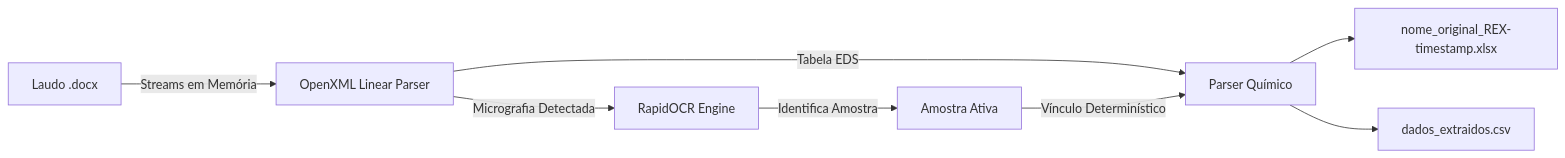
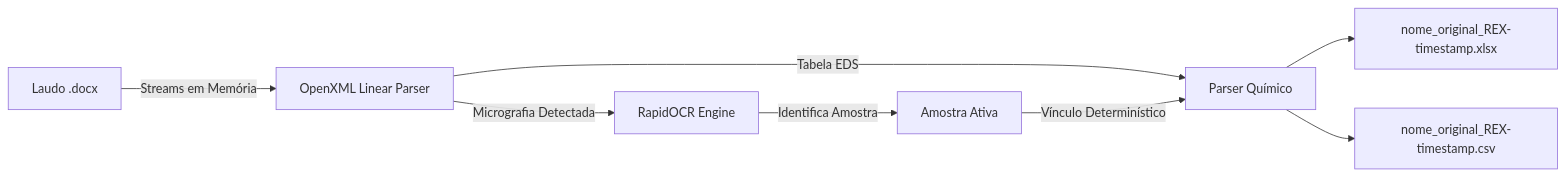
Before and after one commit to rodrigofpo/rex: the diagram in README.md, drawn with Mermaid. The commit also changed other lines of this file and 4 other files, not shown here.

Commit message:
Match CSV export name to source and timestamp

````diff
--- a/README.md
+++ b/README.md
@@ -91,10 +91,10 @@
 ```mermaid
 flowchart LR
     A[Laudo .docx] -->|Streams em Memória| B[OpenXML Linear Parser]
     B -->|Micrografia Detectada| C[RapidOCR Engine]
     C -->|Identifica Amostra| D[Amostra Ativa]
     B -->|Tabela EDS| E[Parser Químico]
     D -->|Vínculo Determinístico| E
     E --> F[nome_original_REX-timestamp.xlsx]
-    E --> G[dados_extraidos.csv]
+    E --> G[nome_original_REX-timestamp.csv]
 ```
````
